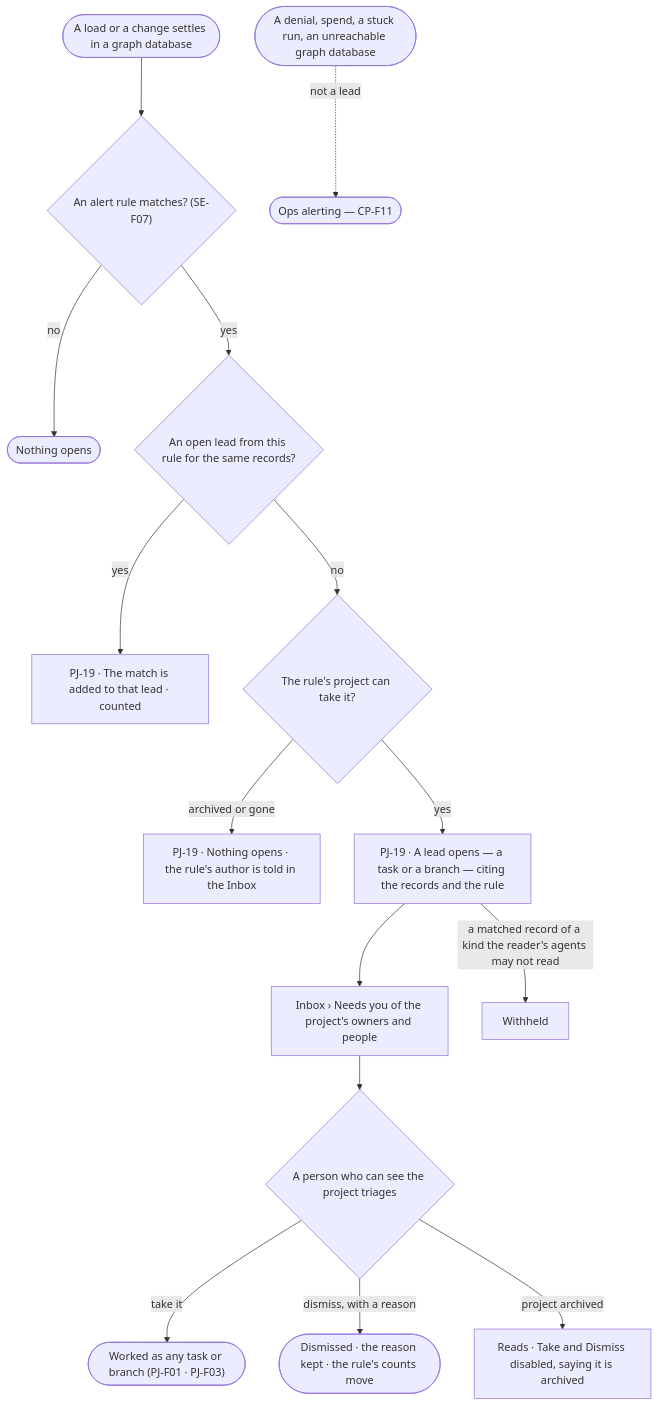
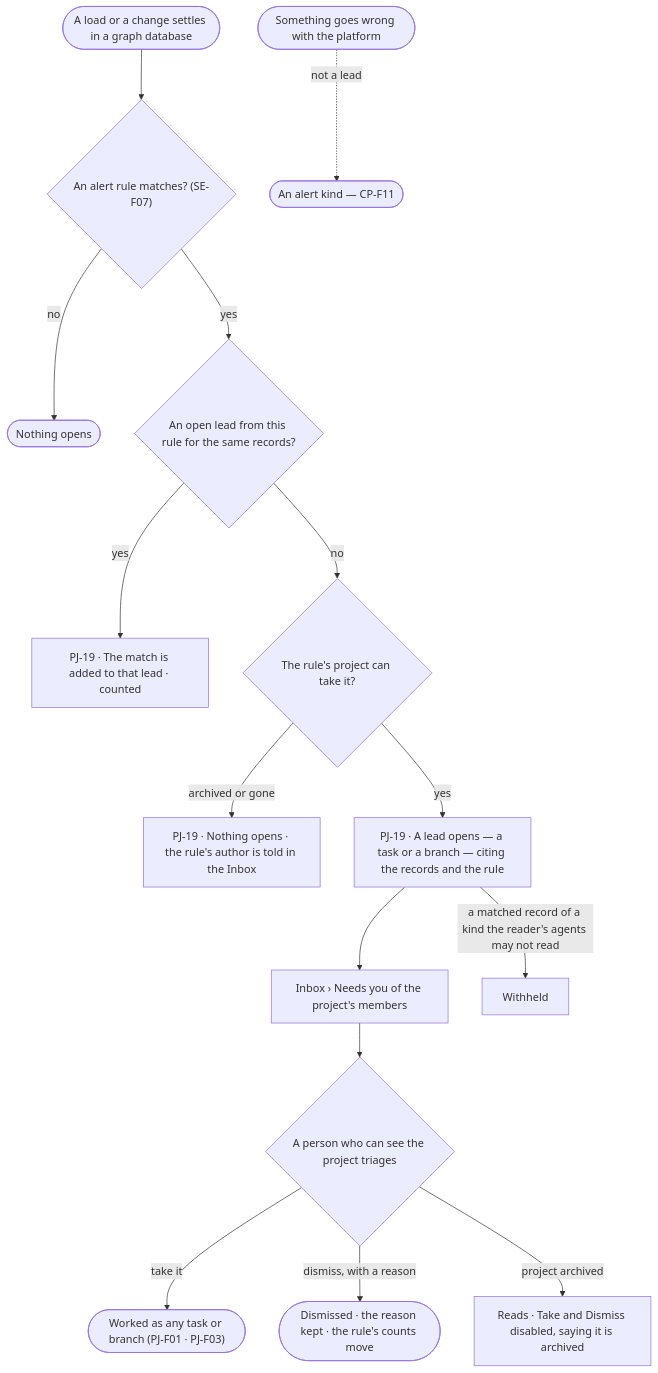
The first of 2 diagrams in specs/capabilities/projects/features/PJ-F06-alerts/feature.md (invana/invana), drawn with Mermaid before and after one commit. The commit also changed other lines of this file and 300 other files, not shown here.

````diff
--- a/specs/capabilities/projects/features/PJ-F06-alerts/feature.md
+++ b/specs/capabilities/projects/features/PJ-F06-alerts/feature.md
@@ -25,17 +25,17 @@
 ```mermaid
 flowchart TD
   ld([A load or a change settles in a graph database]) --> chk{"An alert rule matches? (SE-F07)"}
   chk -->|no| none([Nothing opens])
   chk -->|yes| open{"An open lead from this rule for the same records?"}
   open -->|yes| add["PJ-19 · The match is added to that lead · counted"]
   open -->|no| proj{"The rule's project can take it?"}
   proj -->|archived or gone| nf["PJ-19 · Nothing opens · the rule's author is told in the Inbox"]
   proj -->|yes| lead["PJ-19 · A lead opens — a task or a branch — citing the records and the rule"]
-  lead --> nyou["Inbox › Needs you of the project's owners and people"]
+  lead --> nyou["Inbox › Needs you of the project's members"]
   nyou --> tri{"A person who can see the project triages"}
   tri -->|take it| work(["Worked as any task or branch (PJ-F01 · PJ-F03)"])
   tri -->|dismiss, with a reason| dis(["Dismissed · the reason kept · the rule's counts move"])
   tri -->|project archived| ro["Reads · Take and Dismiss disabled, saying it is archived"]
   lead -->|a matched record of a kind the reader's agents may not read| wr["Withheld"]
-  ops([A denial, spend, a stuck run, an unreachable graph database]) -.->|not a lead| cp(["Ops alerting — CP-F11"])
+  ops([Something goes wrong with the platform]) -.->|not a lead| cp(["An alert kind — CP-F11"])
 ```
````
